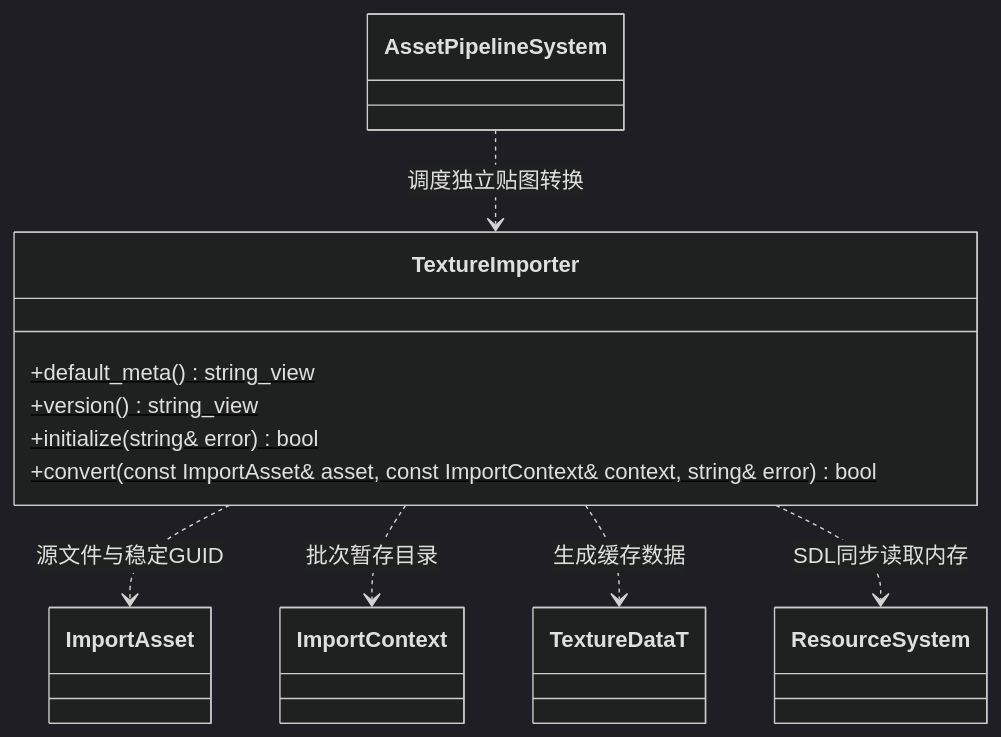
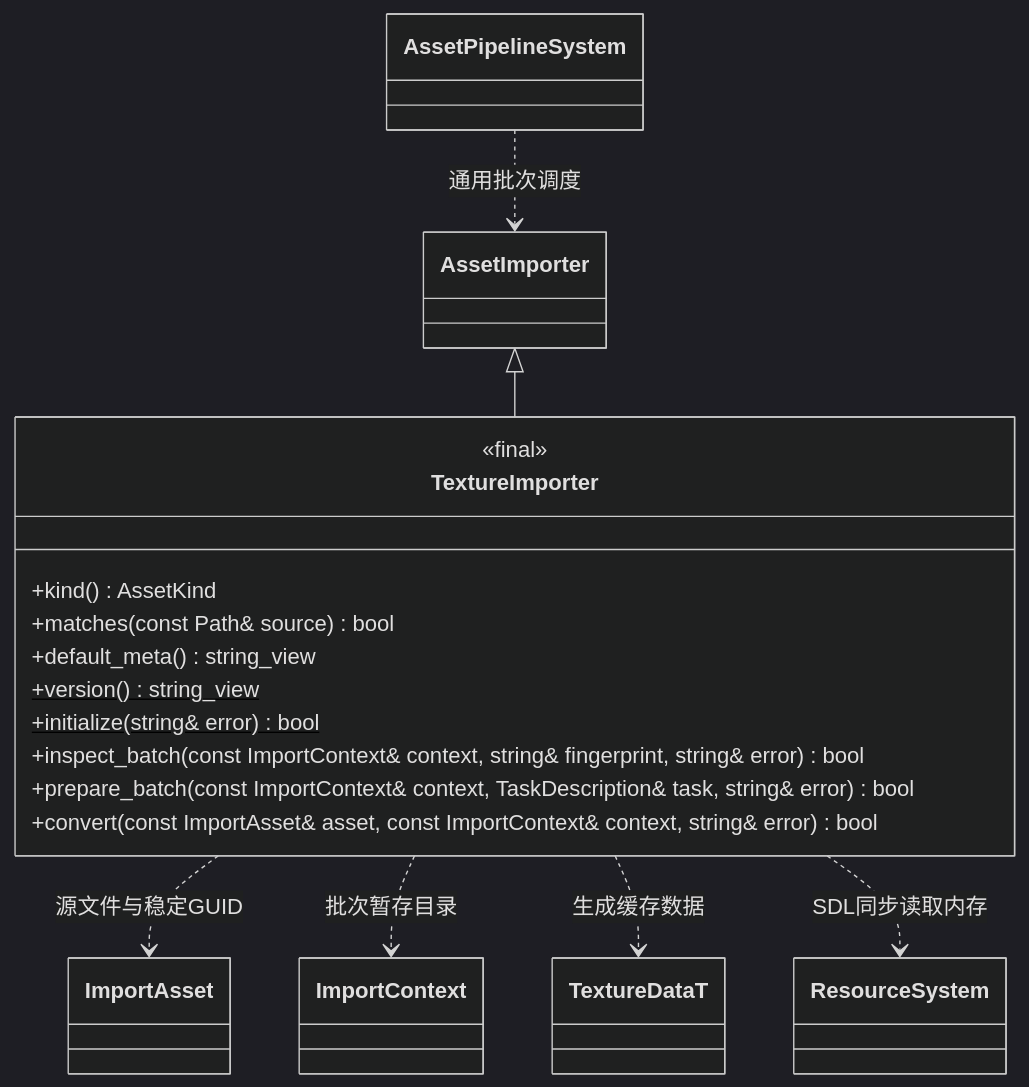
Before and after one commit to lcals/Engine: the diagram in docs/editor/class-diagrams/texture-importer.md, drawn with Mermaid (dark theme). The commit also changed other lines of this file and 188 other files, not shown here.

````diff
--- a/docs/editor/class-diagrams/texture-importer.md
+++ b/docs/editor/class-diagrams/texture-importer.md
@@ -5,19 +5,26 @@
 ```mermaid
 classDiagram
     class TextureImporter {
-        +default_meta()$ string_view
-        +version()$ string_view
-        +initialize(string& error)$ bool
-        +convert(const ImportAsset& asset, const ImportContext& context, string& error)$ bool
+        <<final>>
+        +kind() AssetKind
+        +matches(const Path& source) bool
+        +default_meta() string_view
+        +version() string_view$
+        +initialize(string& error) bool$
+        +inspect_batch(const ImportContext& context, string& fingerprint, string& error) bool
+        +prepare_batch(const ImportContext& context, TaskDescription& task, string& error) bool
+        +convert(const ImportAsset& asset, const ImportContext& context, string& error) bool
     }
     class AssetPipelineSystem
     class ImportAsset
     class ImportContext
     class TextureDataT
     class ResourceSystem
-    AssetPipelineSystem ..> TextureImporter : 调度独立贴图转换
+    class AssetImporter
+    AssetImporter <|-- TextureImporter
+    AssetPipelineSystem ..> AssetImporter : 通用批次调度
     TextureImporter ..> ImportAsset : 源文件与稳定GUID
     TextureImporter ..> ImportContext : 批次暂存目录
     TextureImporter ..> TextureDataT : 生成缓存数据
     TextureImporter ..> ResourceSystem : SDL同步读取内存
 ```
````
